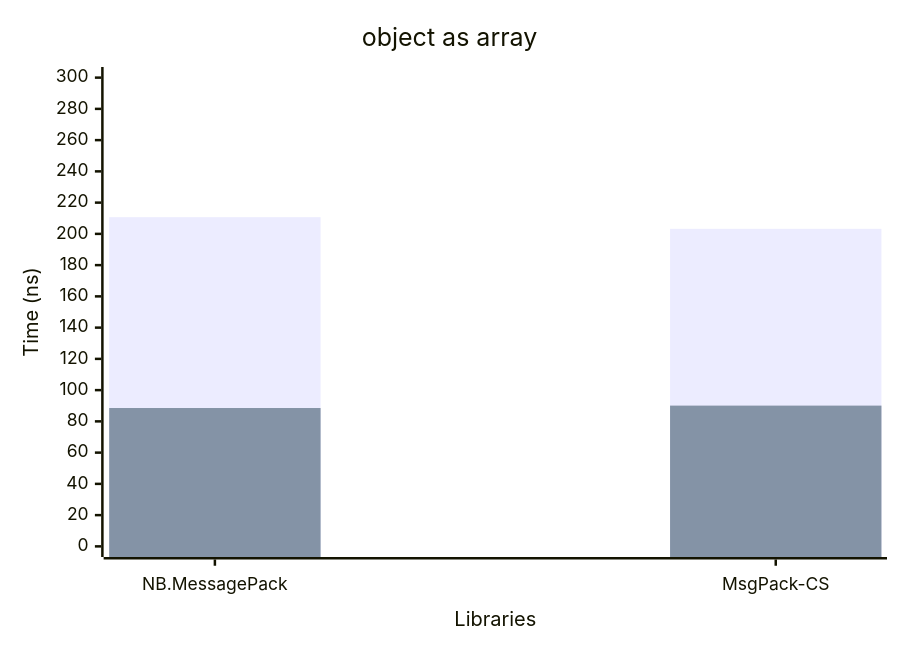
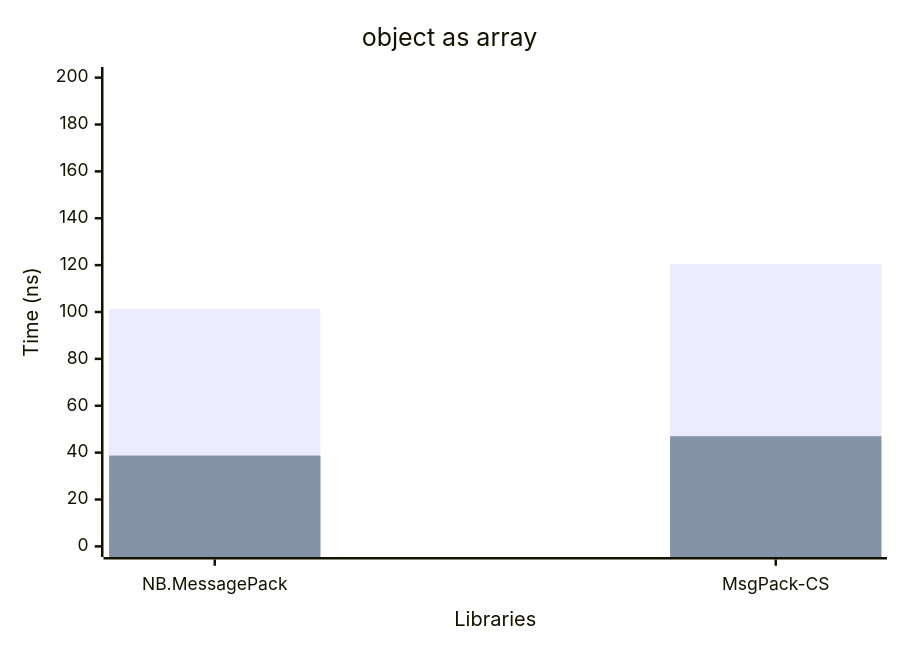
Before and after one commit to AArnott/Nerdbank.MessagePack: the third of 4 diagrams in docfx/includes/perf.md, drawn with Mermaid. The commit also changed other lines of this file and 2 other files, not shown here.

````diff
--- a/docfx/includes/perf.md
+++ b/docfx/includes/perf.md
@@ -35,8 +37,8 @@
  ```mermaid
 xychart-beta
      x-axis "Libraries" ["NB.MessagePack", "MsgPack-CS"]
-     y-axis "Time (ns)" 0 --> 300
+     y-axis "Time (ns)" 0 --> 200
      title "object as array"
-     bar "Serialize+Deserialize" [210.69,203.24]
-     bar "Serialize" [88.55,90.09]
+     bar "Serialize+Deserialize" [101.37,120.51]
+     bar "Serialize" [38.75,47.01]
  ```
````
